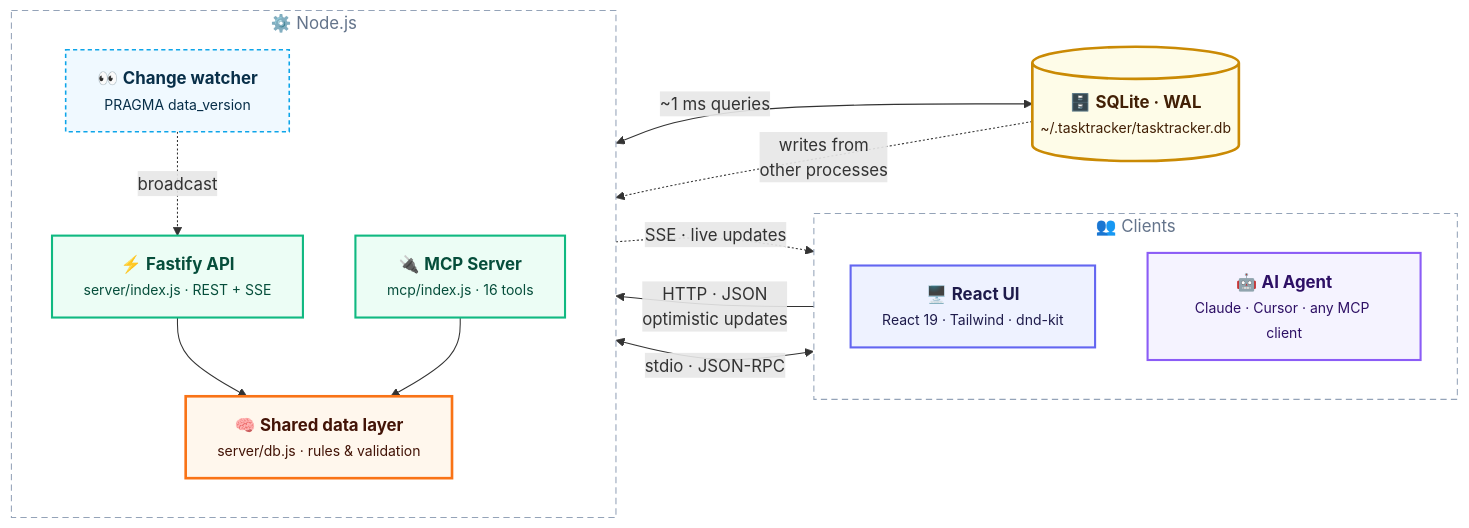
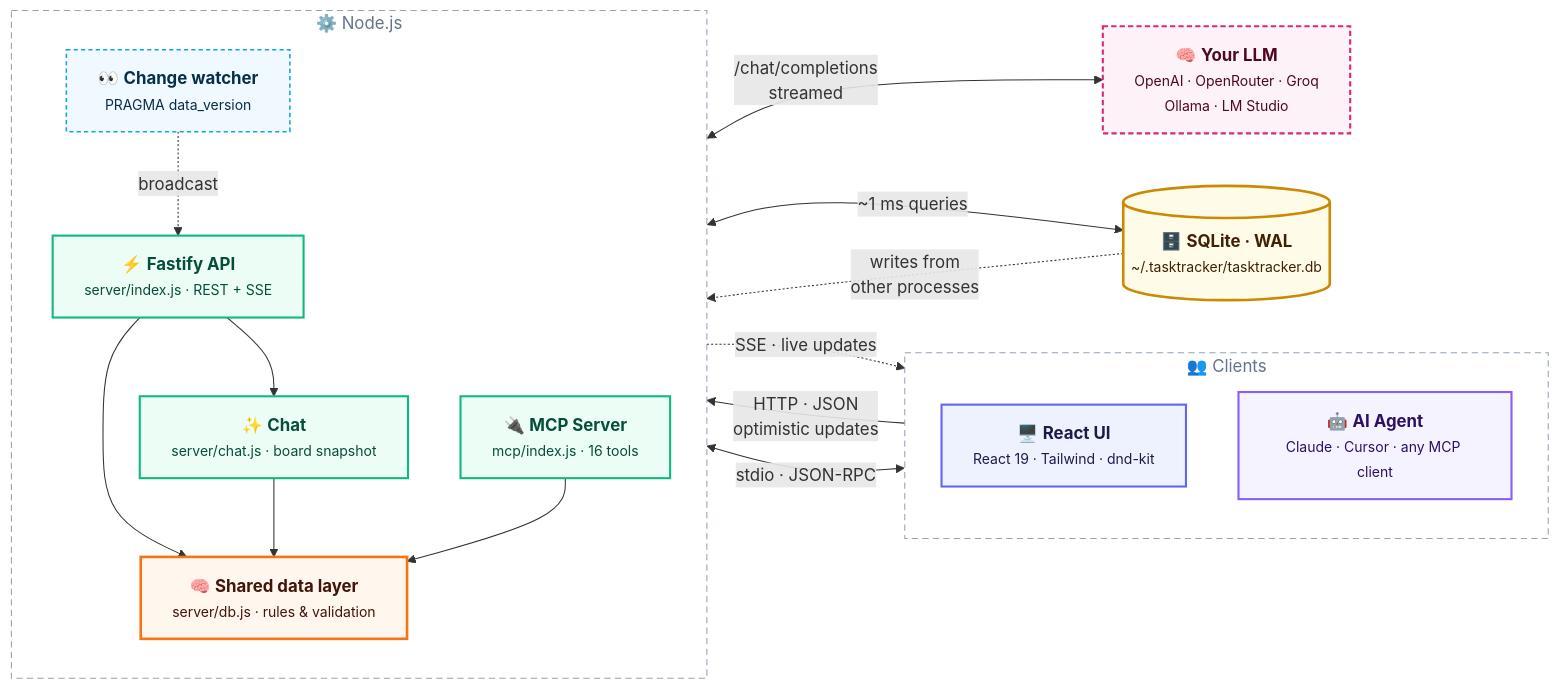
One commit to Parv17k/tasktracker changed the first of 4 diagrams in README.md. Above: the diagram before and after it, drawn with Mermaid. The commit also changed other lines of this file and 21 other files, not shown here.

Commit message:
README: AI-first overview with real chat screenshots, 12-theme gallery and an expanded roadmap; show local times in the chat snapshot

````diff
--- a/README.md
+++ b/README.md
@@ -220,44 +259,51 @@
 ```mermaid
 flowchart LR
     subgraph clients["&nbsp;👥 Clients&nbsp;"]
         direction TB
         UI["🖥️ <b>React UI</b><br/><small>React 19 · Tailwind · dnd-kit</small>"]
         AGENT["🤖 <b>AI Agent</b><br/><small>Claude · Cursor · any MCP client</small>"]
     end
 
     subgraph node["&nbsp;⚙️ Node.js&nbsp;"]
         direction TB
         API["⚡ <b>Fastify API</b><br/><small>server/index.js · REST + SSE</small>"]
+        CHAT["✨ <b>Chat</b><br/><small>server/chat.js · board snapshot</small>"]
         MCP["🔌 <b>MCP Server</b><br/><small>mcp/index.js · 16 tools</small>"]
         CORE["🧠 <b>Shared data layer</b><br/><small>server/db.js · rules &amp; validation</small>"]
         WATCH["👀 <b>Change watcher</b><br/><small>PRAGMA data_version</small>"]
     end
 
     DB[("🗄️ <b>SQLite · WAL</b><br/><small>~/.tasktracker/tasktracker.db</small>")]
+    LLM["🧠 <b>Your LLM</b><br/><small>OpenAI · OpenRouter · Groq<br/>Ollama · LM Studio</small>"]
 
     UI -->|"HTTP · JSON<br/>optimistic updates"| API
     API -.->|"SSE · live updates"| UI
     AGENT <-->|"stdio · JSON-RPC"| MCP
     API --> CORE
+    API --> CHAT
+    CHAT --> CORE
+    CHAT <-->|"/chat/completions<br/>streamed"| LLM
     MCP --> CORE
     CORE <-->|"~1 ms queries"| DB
     DB -.->|"writes from<br/>other processes"| WATCH
     WATCH -.->|"broadcast"| API
 
     classDef client fill:#eef2ff,stroke:#6366f1,stroke-width:2px,color:#1e1b4b
     classDef agent fill:#f5f3ff,stroke:#8b5cf6,stroke-width:2px,color:#2e1065
     classDef server fill:#ecfdf5,stroke:#10b981,stroke-width:2px,color:#064e3b
     classDef core fill:#fff7ed,stroke:#f97316,stroke-width:2.5px,color:#431407
     classDef watch fill:#f0f9ff,stroke:#0ea5e9,stroke-width:1.5px,stroke-dasharray:4 3,color:#082f49
     classDef db fill:#fefce8,stroke:#ca8a04,stroke-width:2.5px,color:#422006
+    classDef llm fill:#fdf2f8,stroke:#db2777,stroke-width:2px,stroke-dasharray:5 3,color:#500724
 
     class UI client
     class AGENT agent
-    class API,MCP server
+    class API,MCP,CHAT server
     class CORE core
     class WATCH watch
     class DB db
+    class LLM llm
 
     style clients fill:transparent,stroke:#94a3b8,stroke-width:1px,stroke-dasharray:6 4,color:#64748b
     style node fill:transparent,stroke:#94a3b8,stroke-width:1px,stroke-dasharray:6 4,color:#64748b
 ```
````
